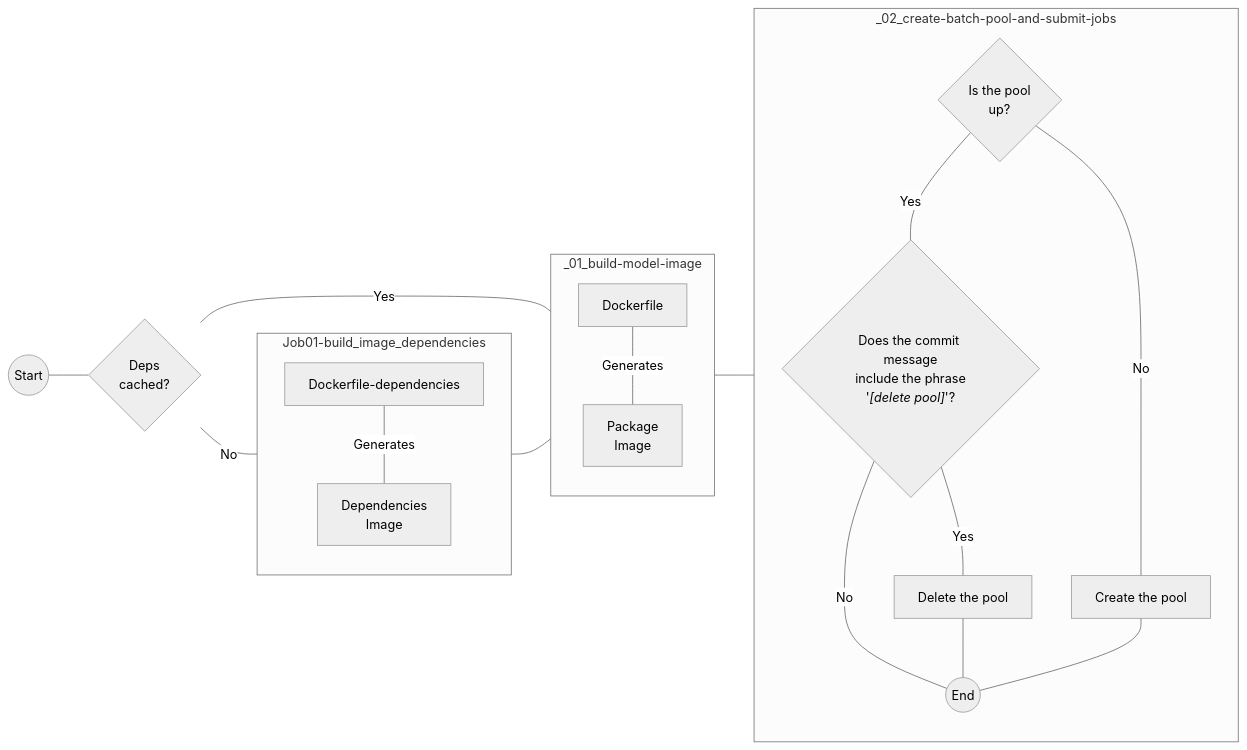
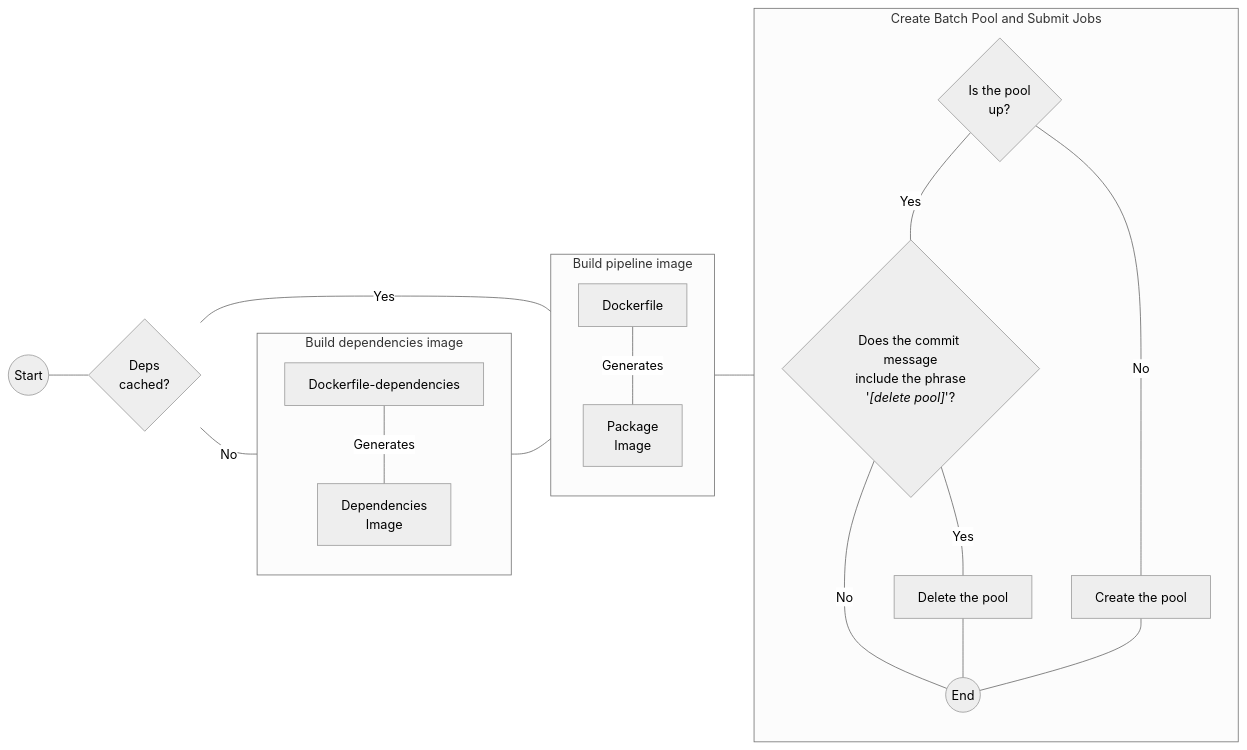
Before and after one commit to CDCgov/cfa-epinow2-pipeline: the diagram in README.md, drawn with Mermaid (neutral theme). The commit also changed 7 other files, not shown here.

````diff
--- a/README.md
+++ b/README.md
@@ -120,36 +120,36 @@
 ```mermaid
 
 flowchart LR
 
   START((Start))---DEPS_CACHED
 
   DEPS_CACHED{Deps<br>cached?}---|No|DEPS
   DEPS_CACHED---|Yes|IMG
 
-  subgraph DEPS[Job01-build_image_dependencies]
+  subgraph DEPS[Build dependencies image]
     direction TB
     Dockerfile-dependencies---|Generates|DEPS_IMAGE[Dependencies<br>Image]
   end
 
   DEPS---IMG
 
-  subgraph IMG[_01_build-model-image]
+  subgraph IMG[Build pipeline image]
     direction TB
     Dockerfile---|Generates|PKG_IMG[Package<br>Image]
   end
 
   IMG---POOL
 
-  subgraph POOL[_02_create-batch-pool-and-submit-jobs]
+  subgraph POOL[Create Batch Pool and Submit Jobs]
     direction TB
 
     POOL_EXISTS{Is the pool<br>up?}
     POOL_EXISTS---|No|CREATE_POOL[Create the pool]
     POOL_EXISTS---|Yes|SHOULD_DELETE_POOL{"`Does the commit message<br>include the phrase<br>'_[delete pool]_'?`"}
     SHOULD_DELETE_POOL---|Yes|DELETE_POOL[Delete the pool]
     SHOULD_DELETE_POOL---|No|END_POOL
     DELETE_POOL---END_POOL((End))
     CREATE_POOL---END_POOL
 
   end
 ```
````
